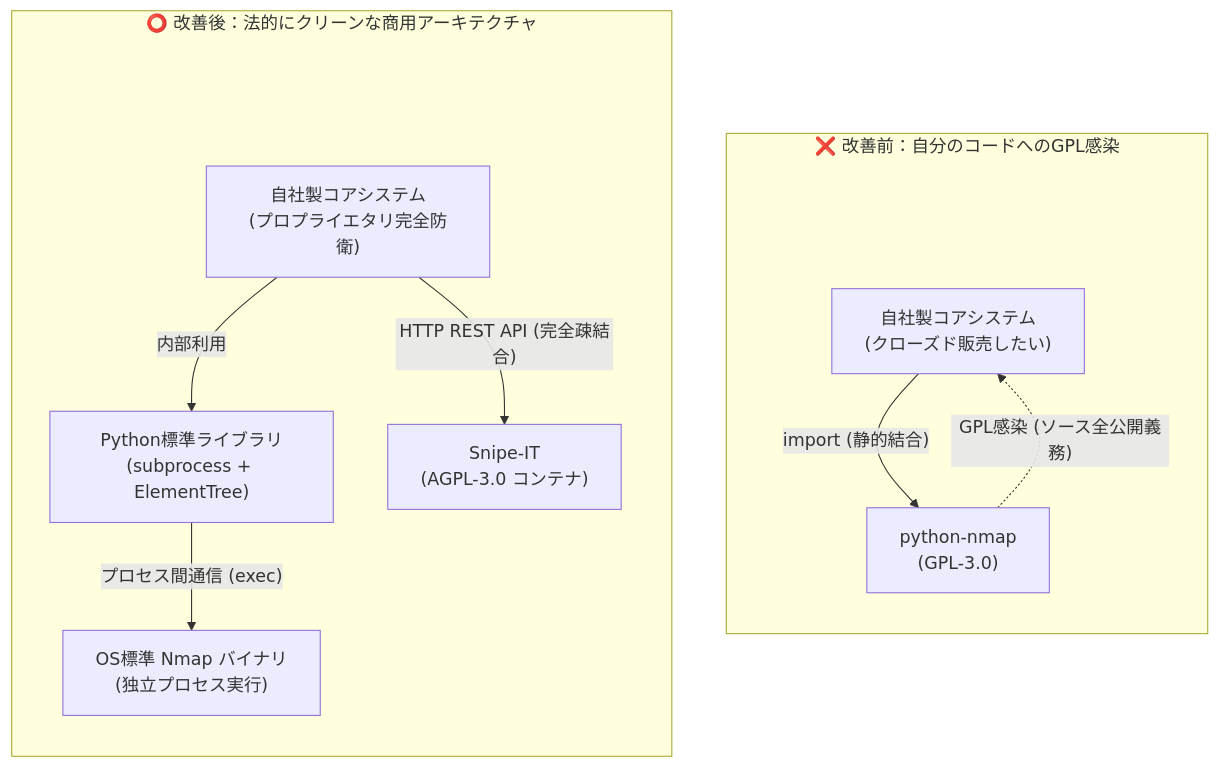
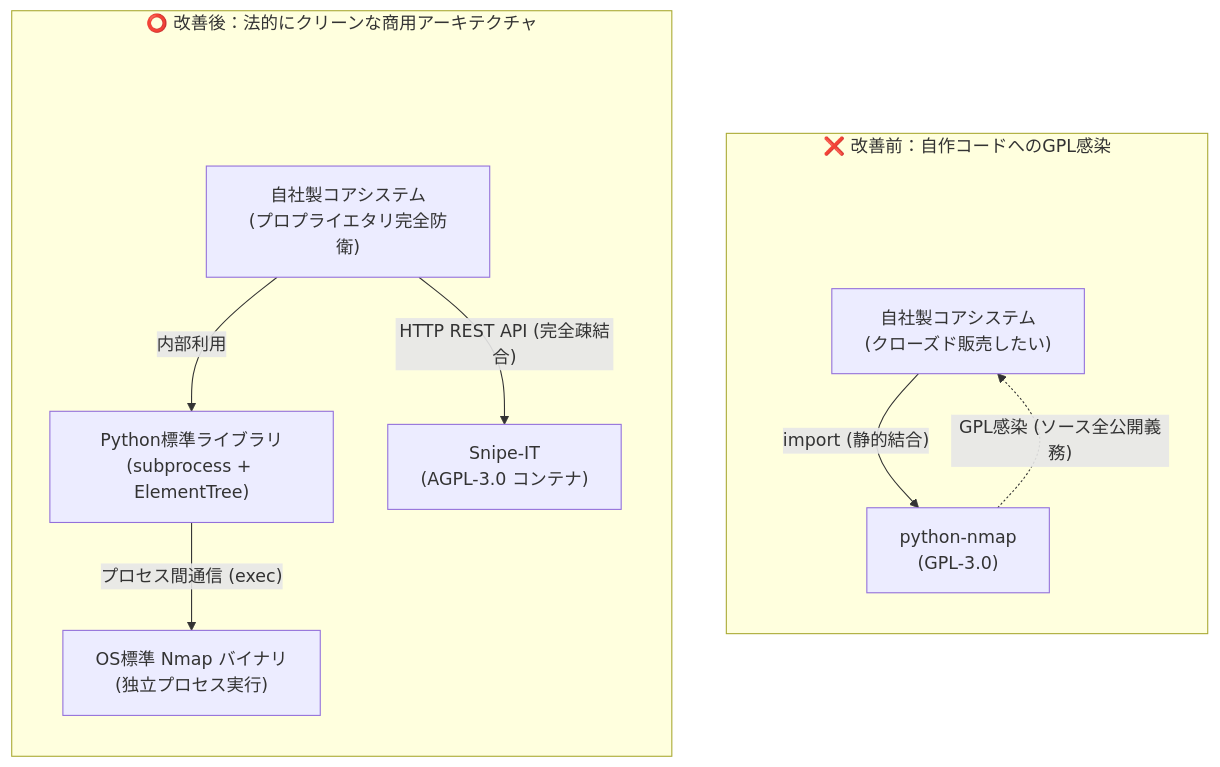
The diagram in QIITA_ARTICLE_DETAIL_7.md (ojisantech/ojisan-arsenal), drawn with Mermaid before and after one commit. The commit also changed other lines of this file, not shown here.

Commit message:
docs: 第7弾 詳細技術リファレンス承認公開およびREADMEリンク更新

````diff
--- a/QIITA_ARTICLE_DETAIL_7.md
+++ b/QIITA_ARTICLE_DETAIL_7.md
@@ -44,26 +44,26 @@
 ```mermaid
 flowchart TD
-    subgraph Danger ["❌ 改善前：自分のコードへのGPL感染"]
+    subgraph Danger ["❌ 改善前：自作コードへのGPL感染"]
         direction TB
         spacer_danger[" "] ~~~ App_Old
         style spacer_danger fill:none,stroke:none;
         App_Old["自社製コアシステム<br/>(クローズド販売したい)"]
         PyNmap["python-nmap<br/>(GPL-3.0)"]
         App_Old -->|"import (静的結合)"| PyNmap
         PyNmap -.->|"GPL感染 (ソース全公開義務)"| App_Old
     end
 
     subgraph Safe ["⭕ 改善後：法的にクリーンな商用アーキテクチャ"]
         direction TB
         spacer_safe[" "] ~~~ App_New
         style spacer_safe fill:none,stroke:none;
         App_New["自社製コアシステム<br/>(プロプライエタリ完全防衛)"]
         StdLib["Python標準ライブラリ<br/>(subprocess + ElementTree)"]
         NmapBin["OS標準 Nmap バイナリ<br/>(独立プロセス実行)"]
         Snipe["Snipe-IT<br/>(AGPL-3.0 コンテナ)"]
         
         App_New -->|"内部利用"| StdLib
         StdLib -->|"プロセス間通信 (exec)"| NmapBin
         App_New -->|"HTTP REST API (完全疎結合)"| Snipe
     end
 ```
````
